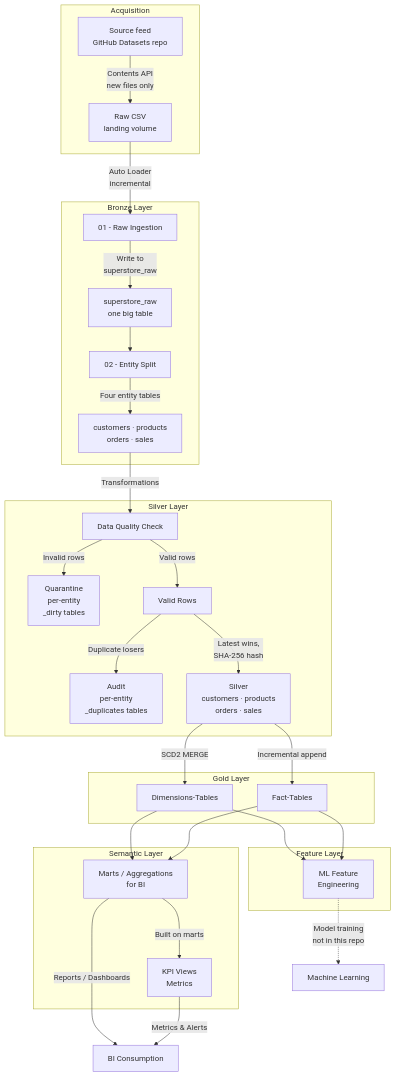
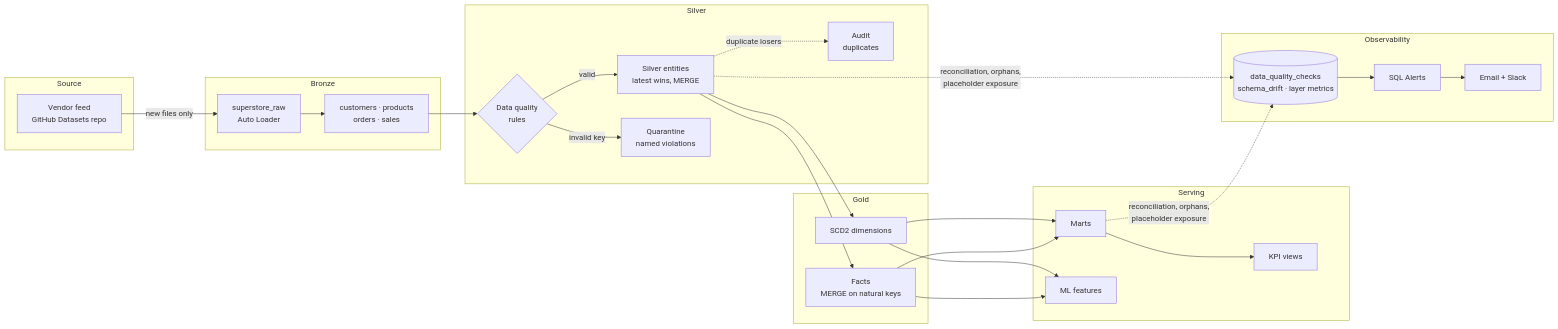
The diagram in README.md (111BM/databricks-lakehouse-platform), drawn with Mermaid before and after one commit. The commit also changed other lines of this file and 11 other files, not shown here.

````diff
--- a/README.md
+++ b/README.md
@@ -17,57 +26,45 @@
 ```mermaid
-flowchart TD
-    subgraph ACQ[Acquisition]
-        SRC[Source feed<br/>GitHub Datasets repo]
-        VOL[Raw CSV<br/>landing volume]
-        SRC -->|Contents API<br/>new files only| VOL
+flowchart LR
+    subgraph SRC[Source]
+        FEED[Vendor feed<br/>GitHub Datasets repo]
     end
 
-    subgraph BRONZE[Bronze Layer]
-        ING[01 - Raw Ingestion]
-        RAW["superstore_raw<br/>one big table"]
-        SPLIT[02 - Entity Split]
-        ENT["customers · products<br/>orders · sales"]
-        ING -->|Write to<br/>superstore_raw| RAW
-        RAW --> SPLIT
-        SPLIT -->|Four entity tables| ENT
+    subgraph BRONZE[Bronze]
+        RAW[superstore_raw<br/>Auto Loader]
+        ENT[customers · products<br/>orders · sales]
     end
 
-    subgraph SILVER[Silver Layer]
-        DQ[Data Quality Check]
-        QUAR["Quarantine<br/>per-entity<br/>_dirty tables"]
-        GOOD[Valid Rows]
-        AUD["Audit<br/>per-entity<br/>_duplicates tables"]
-        SLV["Silver<br/>customers · products<br/>orders · sales"]
-        DQ -->|Invalid rows| QUAR
-        DQ -->|Valid rows| GOOD
-        GOOD -->|Duplicate losers| AUD
-        GOOD -->|Latest wins,<br/>SHA-256 hash| SLV
+    subgraph SILVER[Silver]
+        DQ{Data quality<br/>rules}
+        SLV[Silver entities<br/>latest wins, MERGE]
+        QUA[Quarantine<br/>named violations]
+        AUD[Audit<br/>duplicates]
     end
 
-    subgraph GOLD[Gold Layer]
-        DIM["Dimensions-Tables"]
-        FCT["Fact-Tables"]
+    subgraph GOLD[Gold]
+        DIM[SCD2 dimensions]
+        FCT[Facts<br/>MERGE on natural keys]
     end
 
-    subgraph SEM[Semantic Layer]
-        MARTS["Marts / Aggregations<br/>for BI"]
-        KPI["KPI Views<br/>Metrics"]
+    subgraph SERVE[Serving]
+        MART[Marts]
+        KPI[KPI views]
+        FEAT[ML features]
     end
 
-    subgraph FEAT[Feature Layer]
-        MLF["ML Feature<br/>Engineering"]
+    subgraph OBS[Observability]
+        CHK[(data_quality_checks<br/>schema_drift · layer metrics)]
+        ALR[SQL Alerts]
+        NOTIFY[Email + Slack]
     end
 
-    VOL -->|Auto Loader<br/>incremental| ING
-    ENT -->|Transformations| DQ
-    SLV -->|SCD2 MERGE| DIM
-    SLV -->|Incremental append| FCT
-    DIM --> MARTS
-    FCT --> MARTS
-    DIM --> MLF
-    FCT --> MLF
-    MARTS -->|Built on marts| KPI
-    MARTS -->|Reports / Dashboards| BI[BI Consumption]
-    KPI -->|Metrics & Alerts| BI
-    MLF -.->|Model training<br/>not in this repo| MLC[Machine Learning]
+    FEED -->|new files only| RAW --> ENT --> DQ
+    DQ -->|valid| SLV
+    DQ -->|invalid key| QUA
+    SLV -.->|duplicate losers| AUD
+    SLV --> DIM & FCT
+    DIM & FCT --> MART --> KPI
+    DIM & FCT --> FEAT
+    SLV & MART -.->|reconciliation, orphans,<br/>placeholder exposure| CHK
+    CHK --> ALR --> NOTIFY
 ```
````
